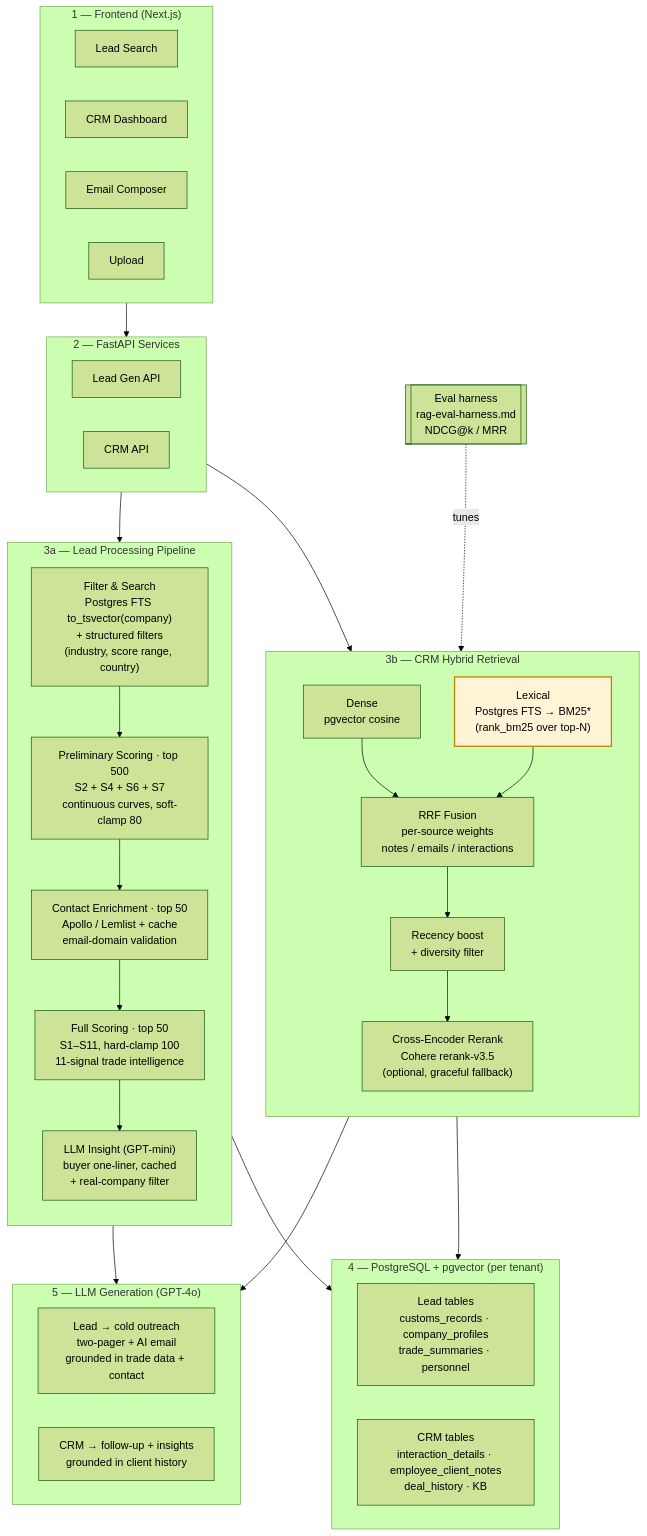
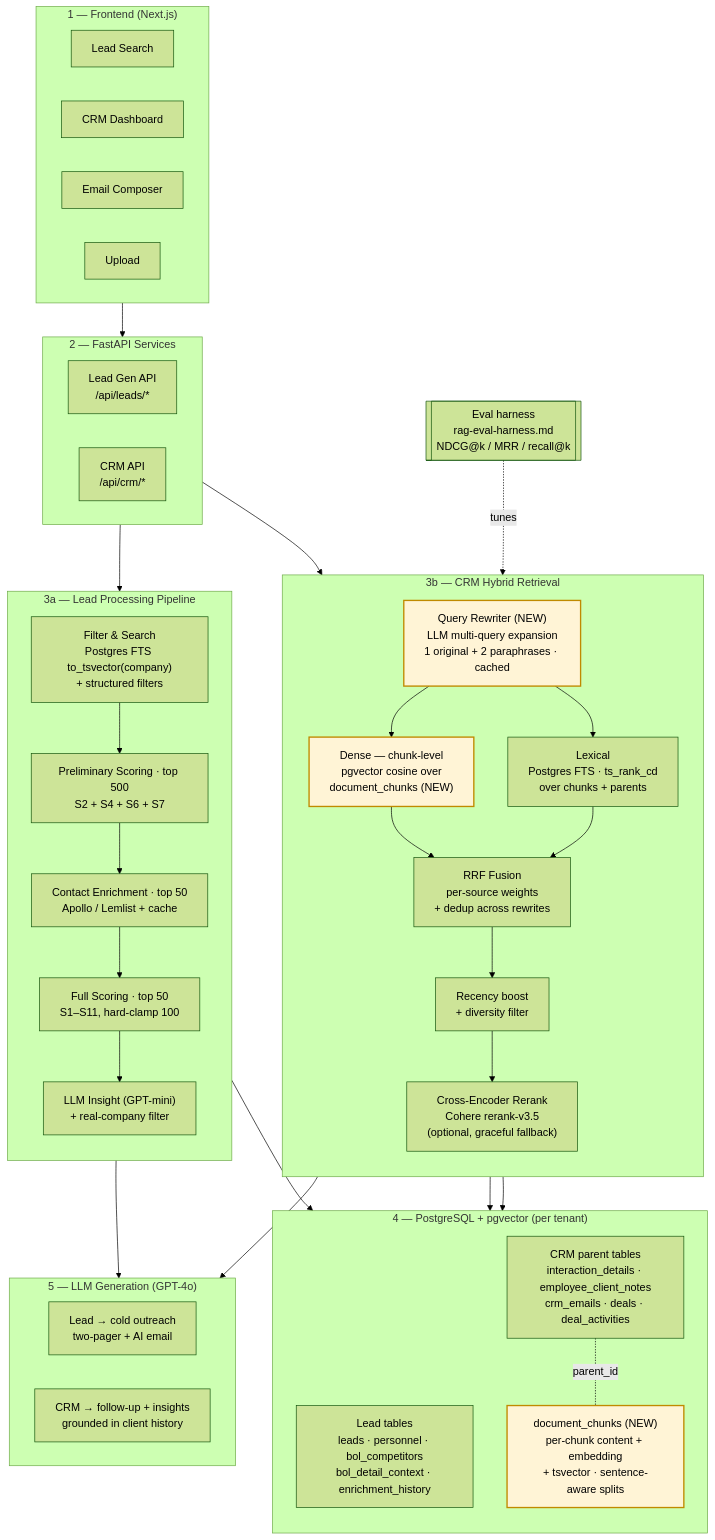
Before and after one commit to Wang-Benjamin/rag-powered-crm: the diagram in crm/doc/rag_workflow.md, drawn with Mermaid (forest theme). The commit also changed other lines of this file and 6 other files, not shown here.

````diff
--- a/crm/doc/rag_workflow.md
+++ b/crm/doc/rag_workflow.md
@@ -21,67 +21,73 @@
 ```mermaid
 flowchart TB
     subgraph L1["1 — Frontend (Next.js)"]
         direction LR
         FE1[Lead Search]
         FE2[CRM Dashboard]
         FE3[Email Composer]
         FE4[Upload]
     end
 
     subgraph L2["2 — FastAPI Services"]
         direction LR
-        API1[Lead Gen API]
-        API2[CRM API]
+        API1["Lead Gen API<br/>/api/leads/*"]
+        API2["CRM API<br/>/api/crm/*"]
     end
 
     L1 --> L2
 
     subgraph L3A["3a — Lead Processing Pipeline"]
         direction TB
-        LP1["Filter & Search<br/>Postgres FTS to_tsvector(company)<br/>+ structured filters<br/>(industry, score range, country)"]
-        LP2["Preliminary Scoring · top 500<br/>S2 + S4 + S6 + S7<br/>continuous curves, soft-clamp 80"]
-        LP3["Contact Enrichment · top 50<br/>Apollo / Lemlist + cache<br/>email-domain validation"]
-        LP4["Full Scoring · top 50<br/>S1–S11, hard-clamp 100<br/>11-signal trade intelligence"]
-        LP5["LLM Insight (GPT-mini)<br/>buyer one-liner, cached<br/>+ real-company filter"]
+        LP1["Filter & Search<br/>Postgres FTS to_tsvector(company)<br/>+ structured filters"]
+        LP2["Preliminary Scoring · top 500<br/>S2 + S4 + S6 + S7"]
+        LP3["Contact Enrichment · top 50<br/>Apollo / Lemlist + cache"]
+        LP4["Full Scoring · top 50<br/>S1–S11, hard-clamp 100"]
+        LP5["LLM Insight (GPT-mini)<br/>+ real-company filter"]
         LP1 --> LP2 --> LP3 --> LP4 --> LP5
     end
 
     subgraph L3B["3b — CRM Hybrid Retrieval"]
         direction TB
-        HR1["Dense<br/>pgvector cosine"]
-        HR2["Lexical<br/>Postgres FTS → BM25*<br/>(rank_bm25 over top-N)"]
-        HR3["RRF Fusion<br/>per-source weights<br/>notes / emails / interactions"]
+        QR["Query Rewriter (NEW)<br/>LLM multi-query expansion<br/>1 original + 2 paraphrases · cached"]
+        HR1["Dense — chunk-level<br/>pgvector cosine over<br/>document_chunks (NEW)"]
+        HR2["Lexical<br/>Postgres FTS · ts_rank_cd<br/>over chunks + parents"]
+        HR3["RRF Fusion<br/>per-source weights<br/>+ dedup across rewrites"]
         HR4["Recency boost<br/>+ diversity filter"]
         HR5["Cross-Encoder Rerank<br/>Cohere rerank-v3.5<br/>(optional, graceful fallback)"]
+        QR --> HR1
+        QR --> HR2
         HR1 --> HR3
         HR2 --> HR3
         HR3 --> HR4 --> HR5
     end
 
     API1 --> L3A
-    API2 --> L3B
+    API2 --> QR
 
     subgraph L4["4 — PostgreSQL + pgvector (per tenant)"]
-        direction LR
-        DB1["Lead tables<br/>customs_records · company_profiles<br/>trade_summaries · personnel"]
-        DB2["CRM tables<br/>interaction_details · employee_client_notes<br/>deal_history · KB"]
+        direction TB
+        DB1["Lead tables<br/>leads · personnel · bol_competitors<br/>bol_detail_context · enrichment_history"]
+        DB2["CRM parent tables<br/>interaction_details · employee_client_notes<br/>crm_emails · deals · deal_activities"]
+        DB3["document_chunks (NEW)<br/>per-chunk content + embedding<br/>+ tsvector · sentence-aware splits"]
+        DB2 -. parent_id .- DB3
     end
 
     L3A --> DB1
     L3B --> DB2
+    L3B --> DB3
 
     subgraph L5["5 — LLM Generation (GPT-4o)"]
         direction LR
-        GEN1["Lead → cold outreach<br/>two-pager + AI email<br/>grounded in trade data + contact"]
+        GEN1["Lead → cold outreach<br/>two-pager + AI email"]
         GEN2["CRM → follow-up + insights<br/>grounded in client history"]
     end
 
     L3A --> GEN1
     L3B --> GEN2
 
-    EVAL[["Eval harness<br/>rag-eval-harness.md<br/>NDCG@k / MRR"]]
+    EVAL[["Eval harness<br/>rag-eval-harness.md<br/>NDCG@k / MRR / recall@k"]]
     EVAL -.tunes.-> L3B
 
     classDef new fill:#fff4d6,stroke:#c08a00,stroke-width:2px;
-    class HR2 new;
+    class QR,HR1,DB3 new;
 ```
````
